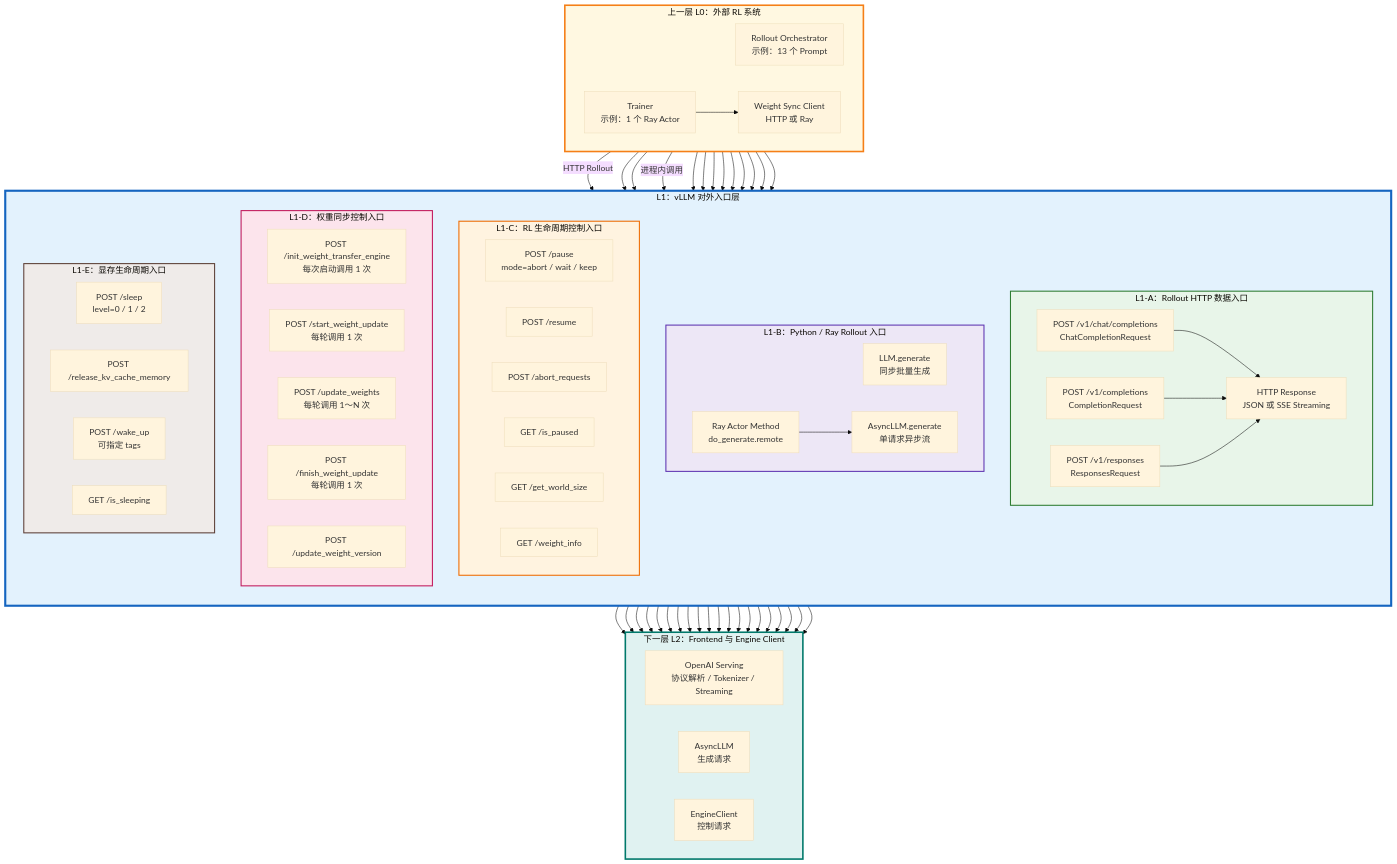
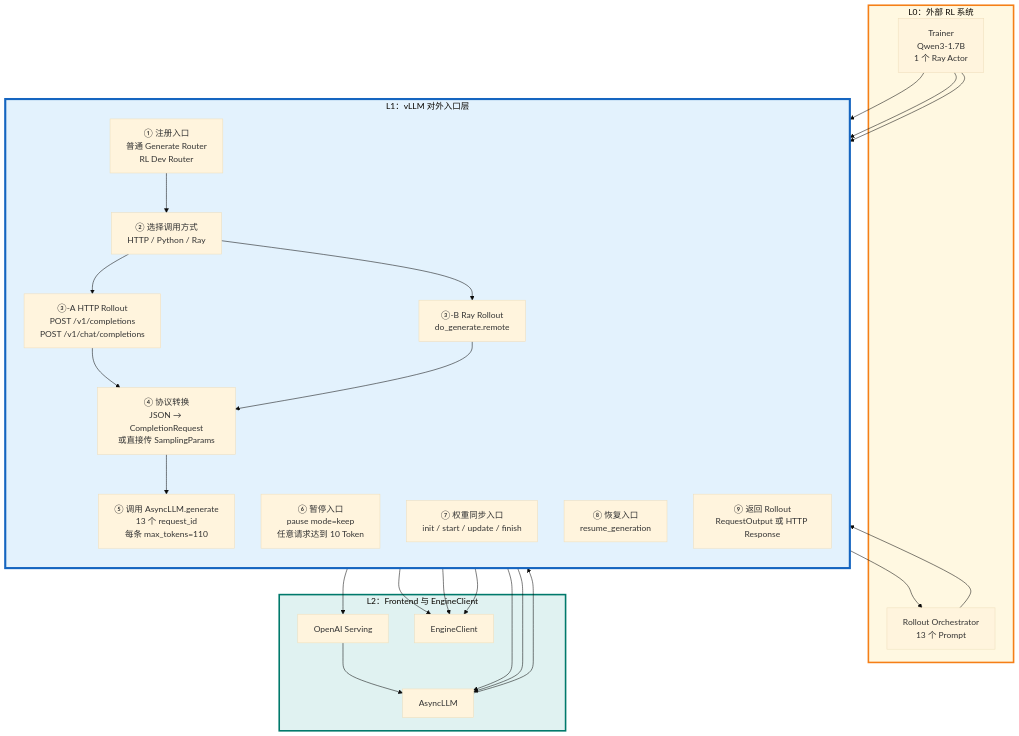
Before and after one commit to lxy-alexander/blog: the third of 3 diagrams in src/content/posts/llm_inference/vLLM RL.md, drawn with Mermaid (base theme). The commit also changed other lines of this file, not shown here.

````diff
--- a/src/content/posts/llm_inference/vLLM RL.md
+++ b/src/content/posts/llm_inference/vLLM RL.md
@@ -653,117 +846,66 @@
 ```mermaid
 flowchart TB
 
-    subgraph L0["上一层 L0：外部 RL 系统"]
-        direction LR
-        ORCH["Rollout Orchestrator<br/>示例：13 个 Prompt"]
-        TRAINER["Trainer<br/>示例：1 个 Ray Actor"]
-        WEIGHTCLIENT["Weight Sync Client<br/>HTTP 或 Ray"]
+    subgraph L0["L0：外部 RL 系统"]
+        ORCH["Rollout Orchestrator<br/>13 个 Prompt"]
+        TRAINER["Trainer<br/>Qwen3-1.7B<br/>1 个 Ray Actor"]
     end
 
     subgraph L1["L1：vLLM 对外入口层"]
         direction TB
 
-        subgraph L1A["L1-A：Rollout HTTP 数据入口"]
-            direction LR
-            CHAT["POST /v1/chat/completions<br/>ChatCompletionRequest"]
-            COMPLETION["POST /v1/completions<br/>CompletionRequest"]
-            RESPONSES["POST /v1/responses<br/>ResponsesRequest"]
-            STREAM["HTTP Response<br/>JSON 或 SSE Streaming"]
+        REGISTER["① 注册入口<br/>普通 Generate Router<br/>RL Dev Router"]
 
-            CHAT --> STREAM
-            COMPLETION --> STREAM
-            RESPONSES --> STREAM
-        end
+        CHOOSE["② 选择调用方式<br/>HTTP / Python / Ray"]
 
-        subgraph L1B["L1-B：Python / Ray Rollout 入口"]
-            direction LR
-            LLMAPI["LLM.generate<br/>同步批量生成"]
-            ASYNCAPI["AsyncLLM.generate<br/>单请求异步流"]
-            RAYGEN["Ray Actor Method<br/>do_generate.remote"]
+        HTTP["③-A HTTP Rollout<br/>POST /v1/completions<br/>POST /v1/chat/completions"]
 
-            RAYGEN --> ASYNCAPI
-        end
+        RAY["③-B Ray Rollout<br/>do_generate.remote"]
 
-        subgraph L1C["L1-C：RL 生命周期控制入口"]
-            direction LR
-            PAUSE["POST /pause<br/>mode=abort / wait / keep"]
-            RESUME["POST /resume"]
-            ABORT["POST /abort_requests"]
-            STATUS["GET /is_paused"]
-            WORLD["GET /get_world_size"]
-            INFO["GET /weight_info"]
-        end
+        PROTOCOL["④ 协议转换<br/>JSON → CompletionRequest<br/>或直接传 SamplingParams"]
 
-        subgraph L1D["L1-D：权重同步控制入口"]
-            direction LR
-            INIT["POST /init_weight_transfer_engine<br/>每次启动调用 1 次"]
-            START["POST /start_weight_update<br/>每轮调用 1 次"]
-            UPDATE["POST /update_weights<br/>每轮调用 1～N 次"]
-            FINISH["POST /finish_weight_update<br/>每轮调用 1 次"]
-            VERSION["POST /update_weight_version"]
-        end
+        GENERATE["⑤ 调用 AsyncLLM.generate<br/>13 个 request_id<br/>每条 max_tokens=110"]
 
-        subgraph L1E["L1-E：显存生命周期入口"]
-            direction LR
-            SLEEP["POST /sleep<br/>level=0 / 1 / 2"]
-            RELEASE["POST /release_kv_cache_memory"]
-            WAKE["POST /wake_up<br/>可指定 tags"]
-            SLEEPSTATUS["GET /is_sleeping"]
-        end
+        PAUSE["⑥ 暂停入口<br/>pause mode=keep<br/>任意请求达到 10 Token"]
+
+        WEIGHT["⑦ 权重同步入口<br/>init / start / update / finish"]
+
+        RESUME["⑧ 恢复入口<br/>resume_generation"]
+
+        RESPONSE["⑨ 返回 Rollout<br/>RequestOutput 或 HTTP Response"]
     end
 
-    subgraph L2["下一层 L2：Frontend 与 Engine Client"]
-        direction LR
-        OPENAISERVE["OpenAI Serving<br/>协议解析 / Tokenizer / Streaming"]
-        ASYNCLLM["AsyncLLM<br/>生成请求"]
-        ENGINECLIENT["EngineClient<br/>控制请求"]
+    subgraph L2["L2：Frontend 与 EngineClient"]
+        OPENAISERVE["OpenAI Serving"]
+        ASYNCLLM["AsyncLLM"]
+        ENGINECLIENT["EngineClient"]
     end
 
-    ORCH -->|"HTTP Rollout"| CHAT
-    ORCH --> COMPLETION
-    ORCH --> RESPONSES
-    ORCH -->|"进程内调用"| LLMAPI
-    ORCH --> RAYGEN
+    ORCH --> CHOOSE
+    TRAINER --> PAUSE
+    TRAINER --> WEIGHT
+    TRAINER --> RESUME
 
-    TRAINER --> WEIGHTCLIENT
-    WEIGHTCLIENT --> INIT
-    WEIGHTCLIENT --> START
-    WEIGHTCLIENT --> UPDATE
-    WEIGHTCLIENT --> FINISH
+    REGISTER --> CHOOSE
+    CHOOSE --> HTTP
+    CHOOSE --> RAY
+    HTTP --> PROTOCOL
+    RAY --> PROTOCOL
+    PROTOCOL --> GENERATE
 
-    ORCH --> PAUSE
-    ORCH --> RESUME
-    ORCH --> SLEEP
-    ORCH --> WAKE
-
-    CHAT --> OPENAISERVE
-    COMPLETION --> OPENAISERVE
-    RESPONSES --> OPENAISERVE
-    LLMAPI --> ASYNCLLM
-    ASYNCAPI --> ASYNCLLM
+    HTTP --> OPENAISERVE
+    OPENAISERVE --> ASYNCLLM
+    RAY --> ASYNCLLM
+    GENERATE --> ASYNCLLM
 
     PAUSE --> ENGINECLIENT
+    WEIGHT --> ENGINECLIENT
     RESUME --> ENGINECLIENT
-    ABORT --> ENGINECLIENT
-    STATUS --> ENGINECLIENT
-    WORLD --> ENGINECLIENT
-    INFO --> ENGINECLIENT
-    INIT --> ENGINECLIENT
-    START --> ENGINECLIENT
-    UPDATE --> ENGINECLIENT
-    FINISH --> ENGINECLIENT
-    VERSION --> ENGINECLIENT
-    SLEEP --> ENGINECLIENT
-    RELEASE --> ENGINECLIENT
-    WAKE --> ENGINECLIENT
-    SLEEPSTATUS --> ENGINECLIENT
+
+    ASYNCLLM --> RESPONSE
+    RESPONSE --> ORCH
 
     style L0 fill:#FFF8E1,stroke:#F57F17,stroke-width:3px
     style L1 fill:#E3F2FD,stroke:#1565C0,stroke-width:4px
-    style L1A fill:#E8F5E9,stroke:#2E7D32,stroke-width:2px
-    style L1B fill:#EDE7F6,stroke:#5E35B1,stroke-width:2px
-    style L1C fill:#FFF3E0,stroke:#EF6C00,stroke-width:2px
-    style L1D fill:#FCE4EC,stroke:#C2185B,stroke-width:2px
-    style L1E fill:#EFEBE9,stroke:#5D4037,stroke-width:2px
     style L2 fill:#E0F2F1,stroke:#00796B,stroke-width:3px
 ```
````
